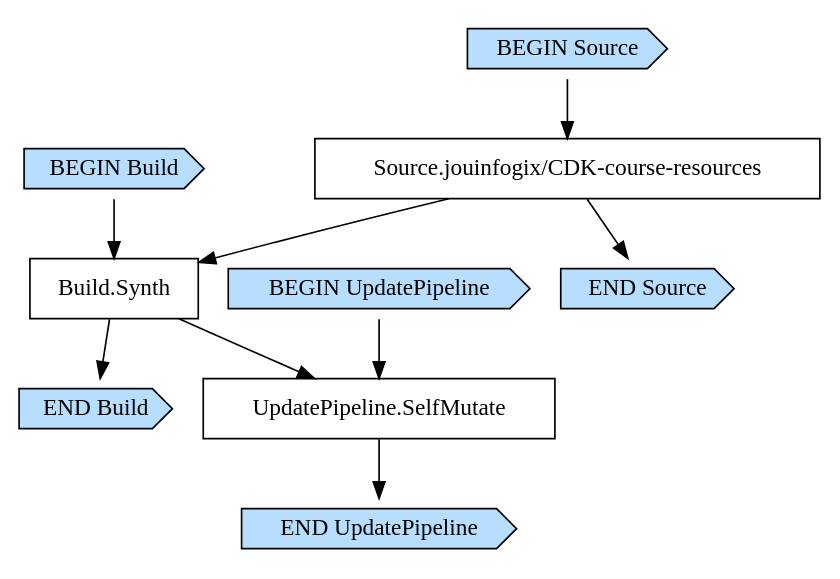
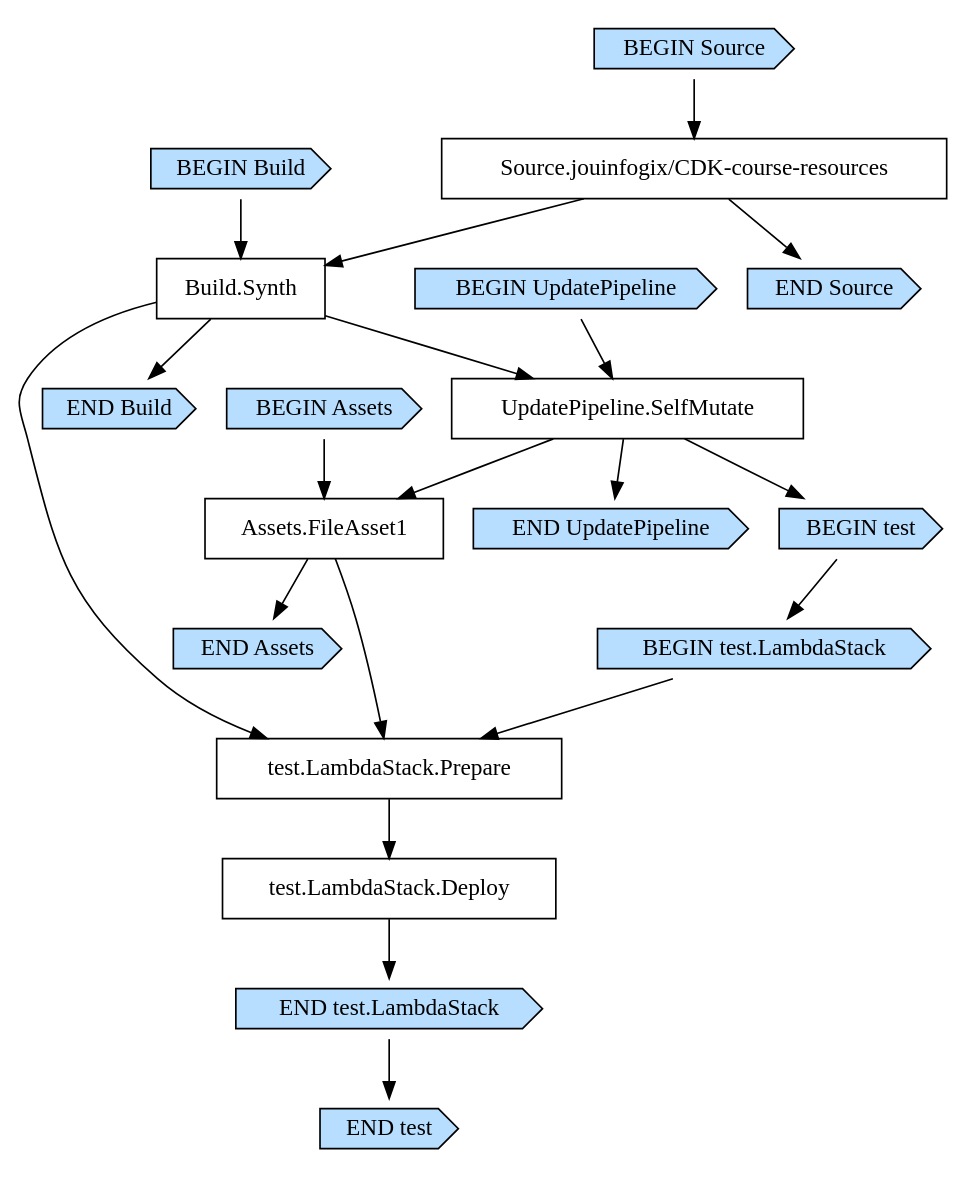
The diagram in cdk-cicd/cdk.out/CdkCicdStackAwesomePipeline4EC283F6.dot (jouinfogix/CDK-course-resources), drawn with Graphviz before and after one commit. The commit also changed 26 other files, not shown here.

```diff
--- a/cdk-cicd/cdk.out/CdkCicdStackAwesomePipeline4EC283F6.dot
+++ b/cdk-cicd/cdk.out/CdkCicdStackAwesomePipeline4EC283F6.dot
@@ -1,24 +1,44 @@
 digraph G {
   # Arrows represent an "unlocks" relationship (opposite of dependency). So chosen
   # because the layout looks more natural that way.
   # To represent subgraph dependencies, subgraphs are represented by BEGIN/END nodes.
   # To render: `dot -Tsvg CdkCicdStackAwesomePipeline4EC283F6.dot > graph.svg`, open in a browser.
   node [shape="box"];
 "BEGIN Build" [shape="cds", style="filled", fillcolor="#b7deff"];
 "END Build" [shape="cds", style="filled", fillcolor="#b7deff"];
 "Build.Synth";
 "Source.jouinfogix/CDK-course-resources" -> "Build.Synth";
 "BEGIN Build" -> "Build.Synth";
 "Build.Synth" -> "END Build";
 "BEGIN UpdatePipeline" [shape="cds", style="filled", fillcolor="#b7deff"];
 "END UpdatePipeline" [shape="cds", style="filled", fillcolor="#b7deff"];
 "UpdatePipeline.SelfMutate";
 "Build.Synth" -> "UpdatePipeline.SelfMutate";
 "BEGIN UpdatePipeline" -> "UpdatePipeline.SelfMutate";
 "UpdatePipeline.SelfMutate" -> "END UpdatePipeline";
+"BEGIN Assets" [shape="cds", style="filled", fillcolor="#b7deff"];
+"END Assets" [shape="cds", style="filled", fillcolor="#b7deff"];
+"Assets.FileAsset1";
+"UpdatePipeline.SelfMutate" -> "Assets.FileAsset1";
+"BEGIN Assets" -> "Assets.FileAsset1";
+"Assets.FileAsset1" -> "END Assets";
+"BEGIN test" [shape="cds", style="filled", fillcolor="#b7deff"];
+"END test" [shape="cds", style="filled", fillcolor="#b7deff"];
+"UpdatePipeline.SelfMutate" -> "BEGIN test";
+"BEGIN test.LambdaStack" [shape="cds", style="filled", fillcolor="#b7deff"];
+"END test.LambdaStack" [shape="cds", style="filled", fillcolor="#b7deff"];
+"test.LambdaStack.Deploy";
+"test.LambdaStack.Prepare" -> "test.LambdaStack.Deploy";
+"test.LambdaStack.Prepare";
+"Build.Synth" -> "test.LambdaStack.Prepare";
+"Assets.FileAsset1" -> "test.LambdaStack.Prepare";
+"BEGIN test.LambdaStack" -> "test.LambdaStack.Prepare";
+"test.LambdaStack.Deploy" -> "END test.LambdaStack";
+"BEGIN test" -> "BEGIN test.LambdaStack";
+"END test.LambdaStack" -> "END test";
 "BEGIN Source" [shape="cds", style="filled", fillcolor="#b7deff"];
 "END Source" [shape="cds", style="filled", fillcolor="#b7deff"];
 "Source.jouinfogix/CDK-course-resources";
 "BEGIN Source" -> "Source.jouinfogix/CDK-course-resources";
 "Source.jouinfogix/CDK-course-resources" -> "END Source";
 }
```
